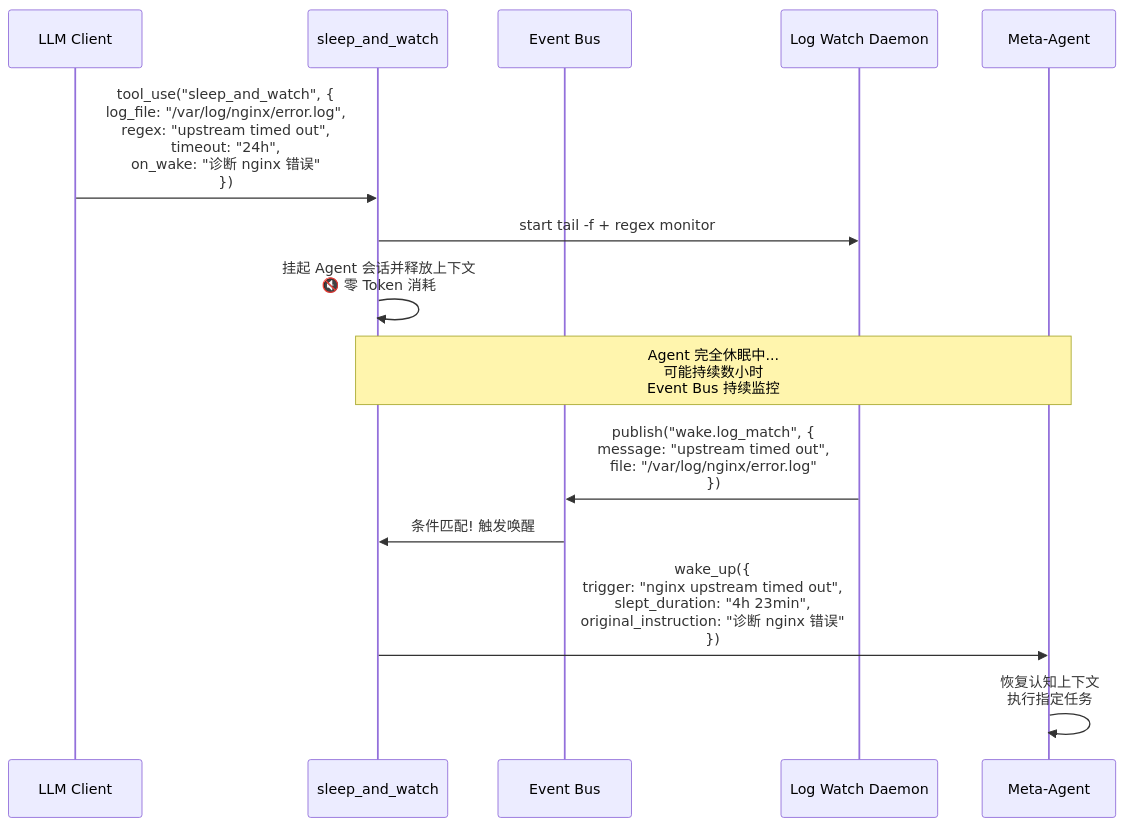
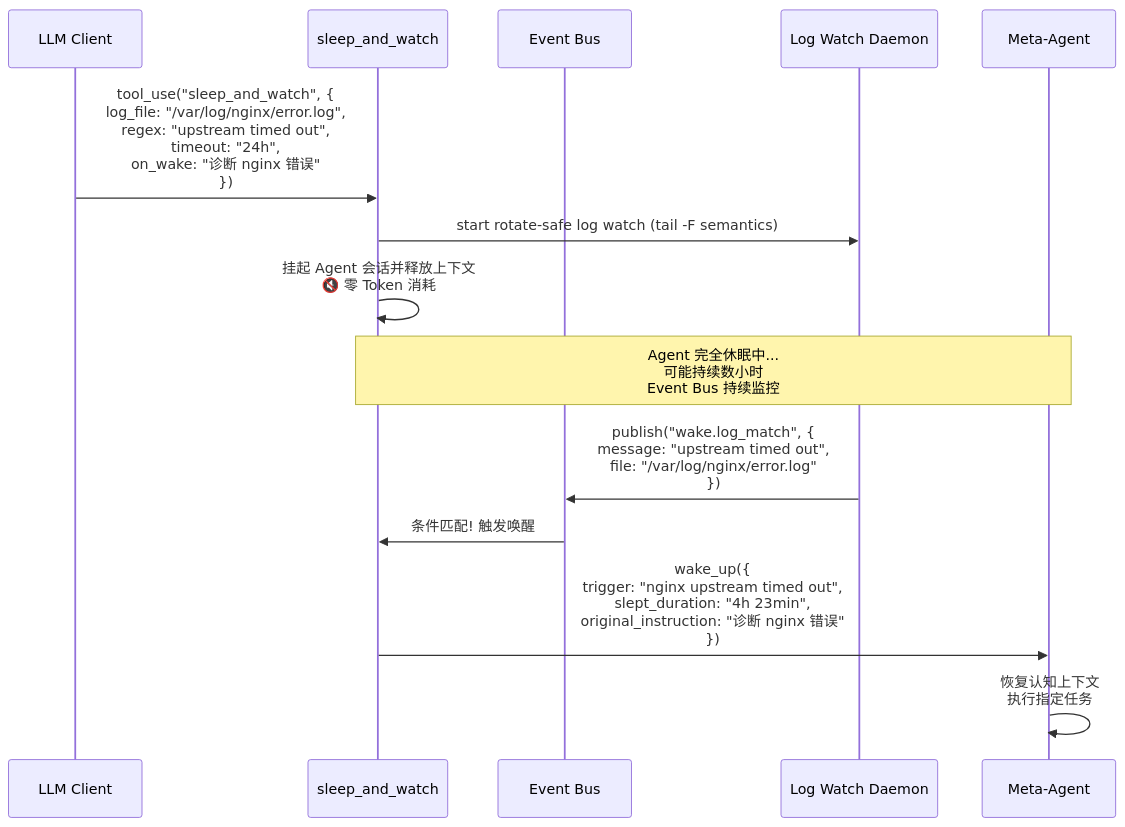
Before and after one commit to Yidhar/Embla_System: the tenth of 17 diagrams in doc/12-limbs-layer-modules.md, drawn with Mermaid. The commit also changed other lines of this file and 13 other files, not shown here.

Commit message:
docs: refresh architecture specs and security blindspot baseline

````diff
--- a/doc/12-limbs-layer-modules.md
+++ b/doc/12-limbs-layer-modules.md
@@ -473,23 +601,23 @@
 ```mermaid
 sequenceDiagram
     participant LLM as LLM Client
     participant SLEEP as sleep_and_watch
     participant EB as Event Bus
     participant LOG_MON as Log Watch Daemon
     participant META as Meta-Agent
 
     LLM->>SLEEP: tool_use("sleep_and_watch", {<br/>  log_file: "/var/log/nginx/error.log",<br/>  regex: "upstream timed out",<br/>  timeout: "24h",<br/>  on_wake: "诊断 nginx 错误"<br/>})
 
-    SLEEP->>LOG_MON: start tail -f + regex monitor
+    SLEEP->>LOG_MON: start rotate-safe log watch (tail -F semantics)
     SLEEP->>SLEEP: 挂起 Agent 会话并释放上下文<br/>🔇 零 Token 消耗
 
     Note over SLEEP,META: Agent 完全休眠中...<br/>可能持续数小时<br/>Event Bus 持续监控
 
     LOG_MON->>EB: publish("wake.log_match", {<br/>  message: "upstream timed out",<br/>  file: "/var/log/nginx/error.log"<br/>})
 
     EB->>SLEEP: 条件匹配! 触发唤醒
 
     SLEEP->>META: wake_up({<br/>  trigger: "nginx upstream timed out",<br/>  slept_duration: "4h 23min",<br/>  original_instruction: "诊断 nginx 错误"<br/>})
 
     META->>META: 恢复认知上下文<br/>执行指定任务
 ```
````
